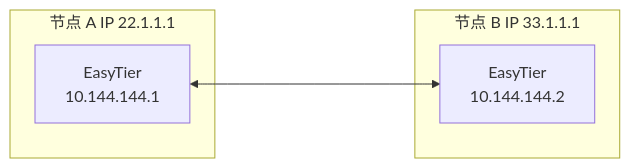
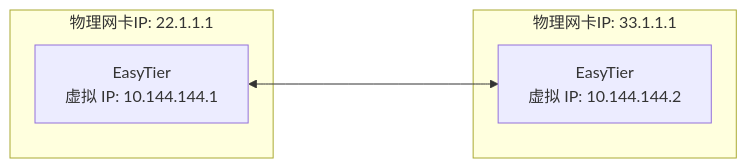
One commit to EasyTier/easytier.github.io changed the first of 2 diagrams in guide/network/decentralized-networking.md. Above: the diagram before and after it, drawn with Mermaid. The commit also changed other lines of this file and 24 other files, not shown here.

````diff
--- a/guide/network/decentralized-networking.md
+++ b/guide/network/decentralized-networking.md
@@ -11,14 +11,10 @@
 ```mermaid
 flowchart LR
-
-subgraph 节点 A IP 22.1.1.1
-nodeA[EasyTier<br/>10.144.144.1]
+subgraph 节点 A [物理网卡IP: 22.1.1.1]
+  nodeA[EasyTier<br/>虚拟 IP: 10.144.144.1]
 end
-
-subgraph 节点 B IP 33.1.1.1
-nodeB[EasyTier</br>10.144.144.2]
+subgraph 节点 B [物理网卡IP: 33.1.1.1]
+  nodeB[EasyTier<br/>虚拟 IP: 10.144.144.2]
 end
-
 nodeA <-----> nodeB
-
 ```
````
